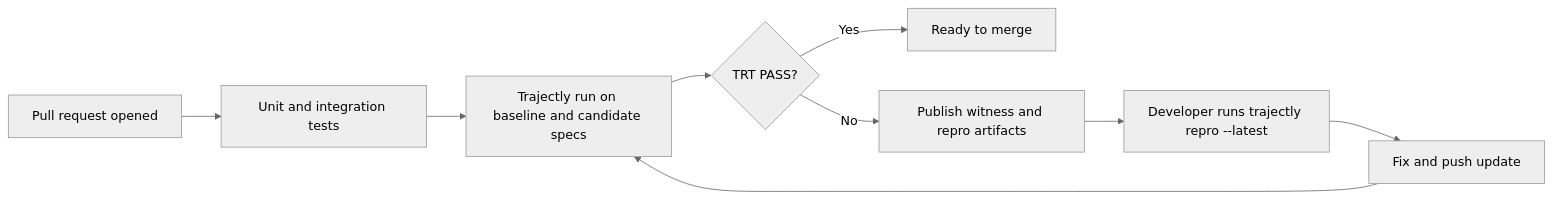
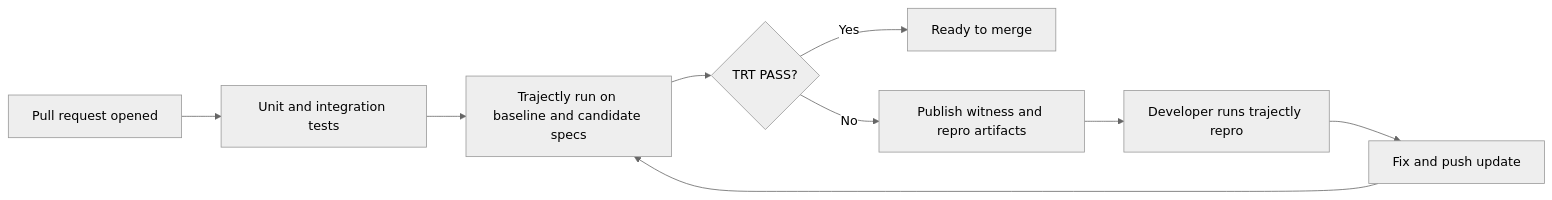
The diagram in docs/how_trt_provides_value.md (trajectly/trajectly), drawn with Mermaid (neutral theme) before and after one commit. The commit also changed other lines of this file and 59 other files, not shown here.

````diff
--- a/docs/how_trt_provides_value.md
+++ b/docs/how_trt_provides_value.md
@@ -28,11 +28,11 @@
 ```mermaid
 flowchart LR
     prOpened["Pull request opened"] --> unitTests["Unit and integration tests"]
     unitTests --> trajectlyRun["Trajectly run on baseline and candidate specs"]
     trajectlyRun --> verdict{"TRT PASS?"}
     verdict -->|Yes| mergeReady["Ready to merge"]
     verdict -->|No| failArtifacts["Publish witness and repro artifacts"]
-    failArtifacts --> developerDebug["Developer runs trajectly repro --latest"]
+    failArtifacts --> developerDebug["Developer runs trajectly repro"]
     developerDebug --> fixAndPush["Fix and push update"]
     fixAndPush --> trajectlyRun
 ```
````
